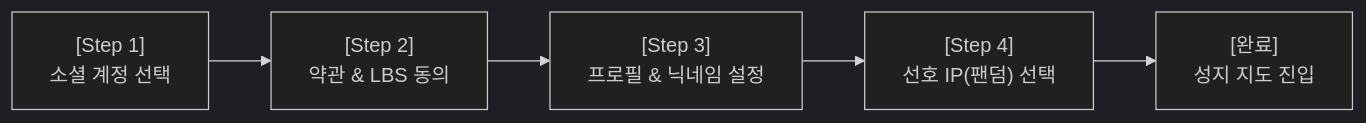
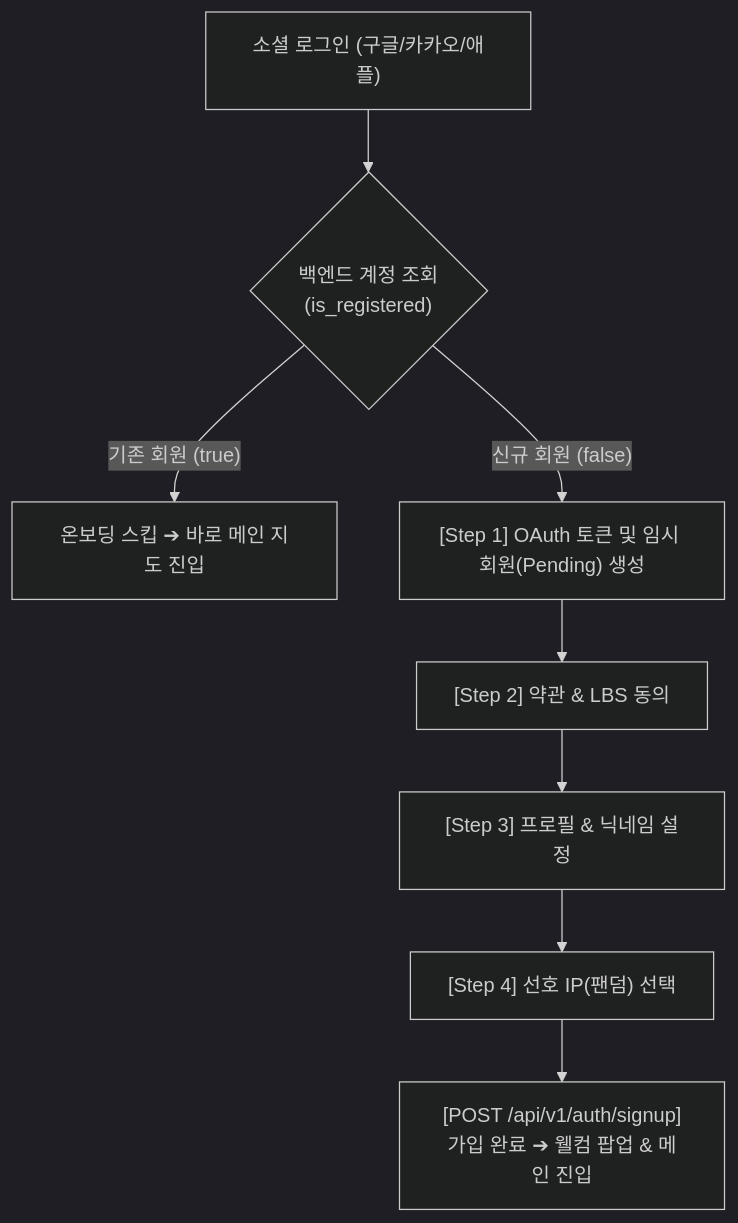
Before and after one commit to nino2767/fandom-conquest: the diagram in docs/01_planning/02_detail/02_user_view/fandom_상세기획_온보딩_로그인_v0.1_20260722.md, drawn with Mermaid (dark theme). The commit also changed other lines of this file and 19 other files, not shown here.

````diff
--- a/docs/01_planning/02_detail/02_user_view/fandom_상세기획_온보딩_로그인_v0.1_20260722.md
+++ b/docs/01_planning/02_detail/02_user_view/fandom_상세기획_온보딩_로그인_v0.1_20260722.md
@@ -29,7 +32,10 @@
 ```mermaid
-flowchart LR
-    Step1["[Step 1]<br/>소셜 계정 선택"] --> Step2["[Step 2]<br/>약관 & LBS 동의"]
-    Step2 --> Step3["[Step 3]<br/>프로필 & 닉네임 설정"]
-    Step3 --> Step4["[Step 4]<br/>선호 IP(팬덤) 선택"]
-    Step4 --> Home["[완료]<br/>성지 지도 진입"]
+flowchart TD
+    Start["소셜 로그인 (구글/카카오/애플)"] --> OAuthCheck{"백엔드 계정 조회<br/>(is_registered)"}
+    OAuthCheck -- "기존 회원 (true)" --> DirectHome["온보딩 스킵 ➔ 바로 메인 지도 진입"]
+    OAuthCheck -- "신규 회원 (false)" --> Step1["[Step 1] OAuth 토큰 및 임시 회원(Pending) 생성"]
+    Step1 --> Step2["[Step 2] 약관 & LBS 동의"]
+    Step2 --> Step3["[Step 3] 프로필 & 닉네임 설정"]
+    Step3 --> Step4["[Step 4] 선호 IP(팬덤) 선택"]
+    Step4 --> Complete["[POST /api/v1/auth/signup]<br/>가입 완료 ➔ 웰컴 팝업 & 메인 진입"]
 ```
````
